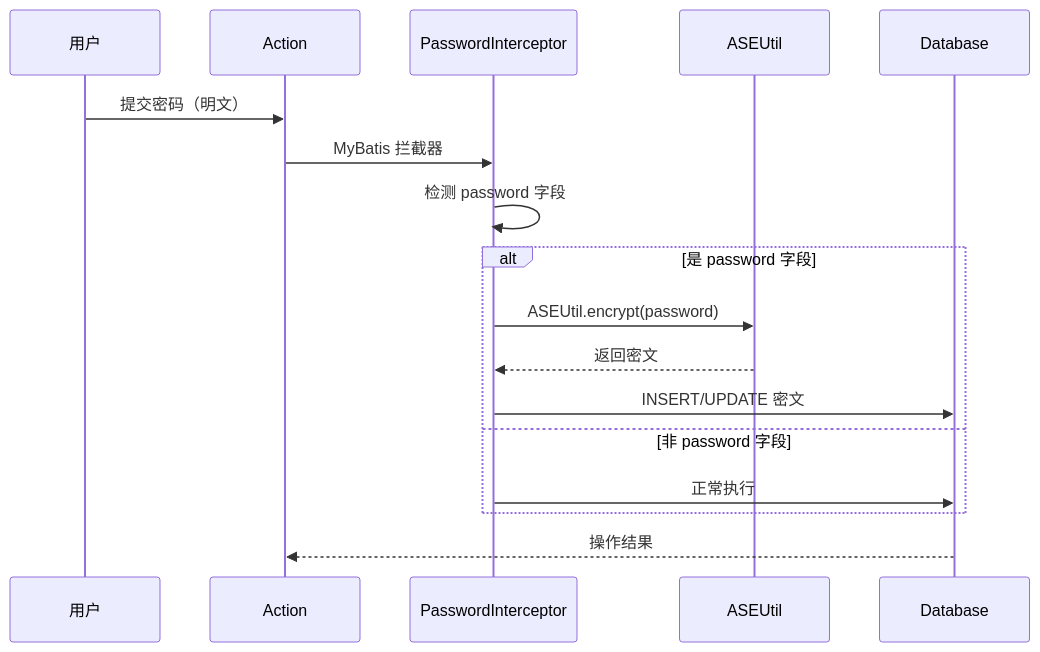
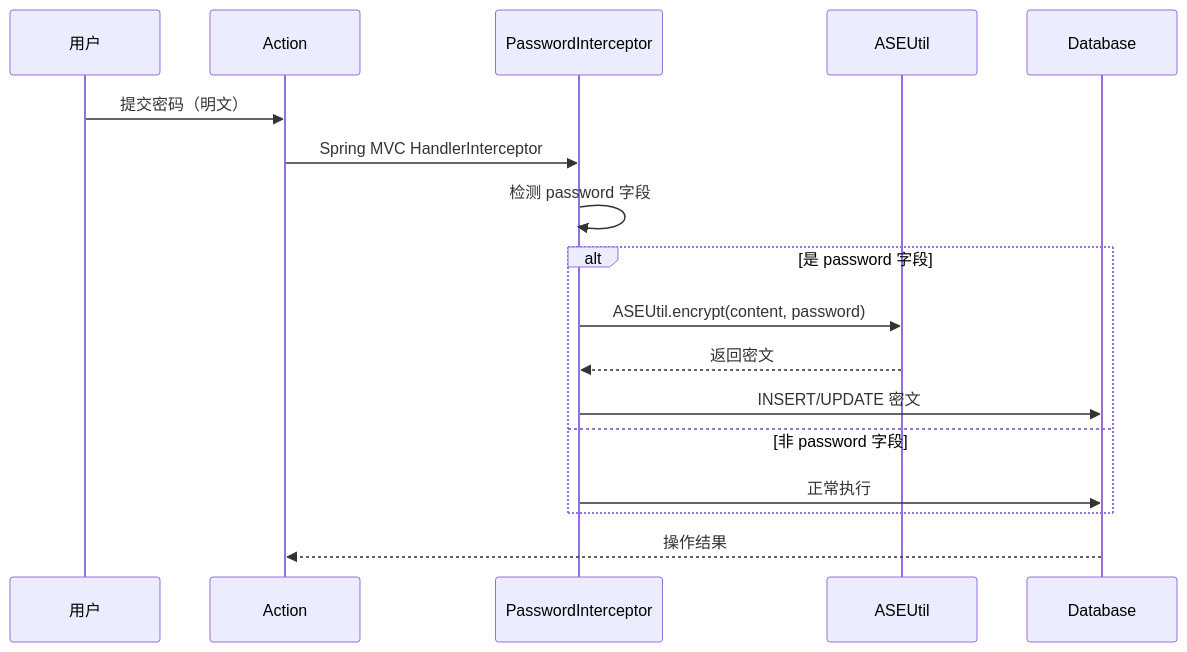
Before and after one commit to wrck/PMS: the fourth of 7 diagrams in PMS-security/docs/04-mapping/data-flow.md, drawn with Mermaid. The commit also changed other lines of this file and 31 other files, not shown here.

````diff
--- a/PMS-security/docs/04-mapping/data-flow.md
+++ b/PMS-security/docs/04-mapping/data-flow.md
@@ -73,20 +71,20 @@
 ```mermaid
 sequenceDiagram
     participant U as 用户
     participant A as Action
     participant PI as PasswordInterceptor
     participant ASE as ASEUtil
     participant DB as Database
 
     U->>A: 提交密码（明文）
-    A->>PI: MyBatis 拦截器
+    A->>PI: Spring MVC HandlerInterceptor
     PI->>PI: 检测 password 字段
     alt 是 password 字段
-        PI->>ASE: ASEUtil.encrypt(password)
+        PI->>ASE: ASEUtil.encrypt(content, password)
         ASE-->>PI: 返回密文
         PI->>DB: INSERT/UPDATE 密文
     else 非 password 字段
         PI->>DB: 正常执行
     end
     DB-->>A: 操作结果
 ```
````
